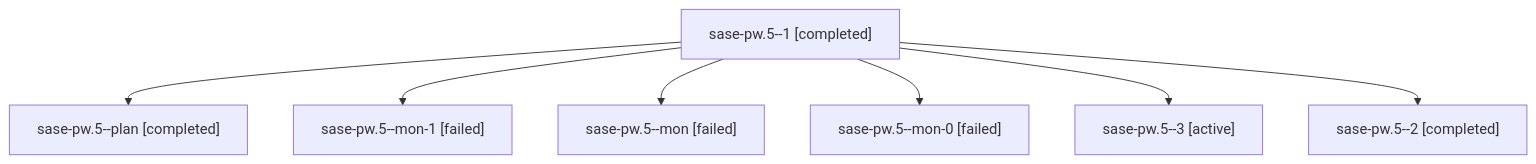
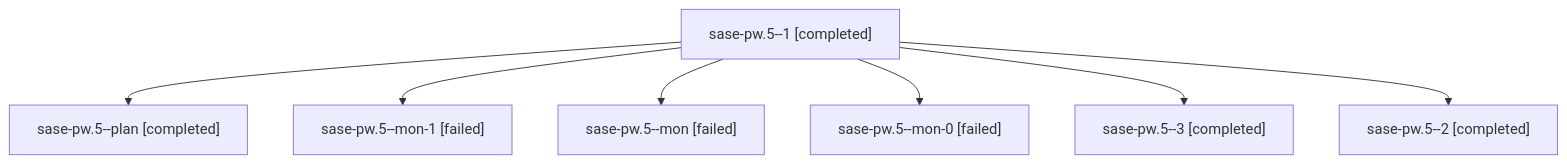
The diagram in families/bbugyi200.athena.sase-pw.5.md (sase-org/sase--agents), drawn with Mermaid before and after one commit. The commit also changed other lines of this file and 60 other files, not shown here.

````diff
--- a/families/bbugyi200.athena.sase-pw.5.md
+++ b/families/bbugyi200.athena.sase-pw.5.md
@@ -9,16 +9,16 @@
 ```mermaid
 flowchart TD
   n0["sase-pw.5--1 [completed]"]
   n1["sase-pw.5--plan [completed]"]
   n0 --> n1
   n2["sase-pw.5--mon-1 [failed]"]
   n0 --> n2
   n3["sase-pw.5--mon [failed]"]
   n0 --> n3
   n4["sase-pw.5--mon-0 [failed]"]
   n0 --> n4
-  n5["sase-pw.5--3 [active]"]
+  n5["sase-pw.5--3 [completed]"]
   n0 --> n5
   n6["sase-pw.5--2 [completed]"]
   n0 --> n6
 ```
````
